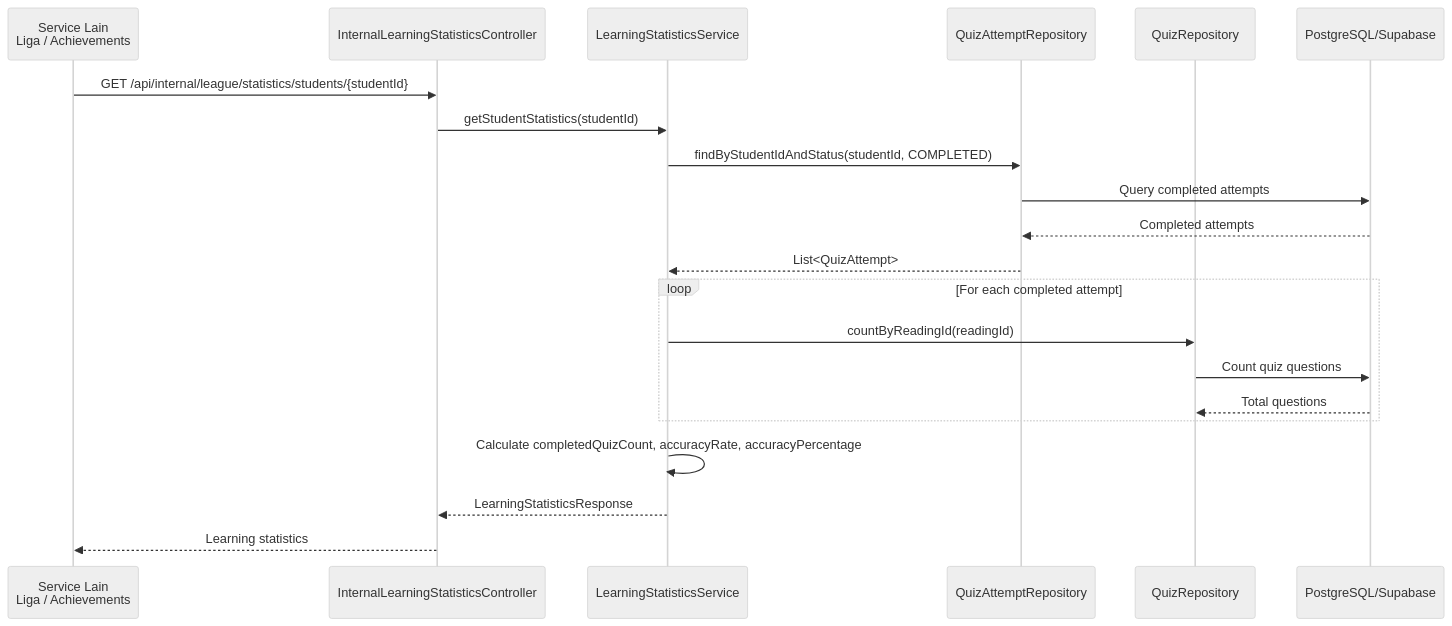
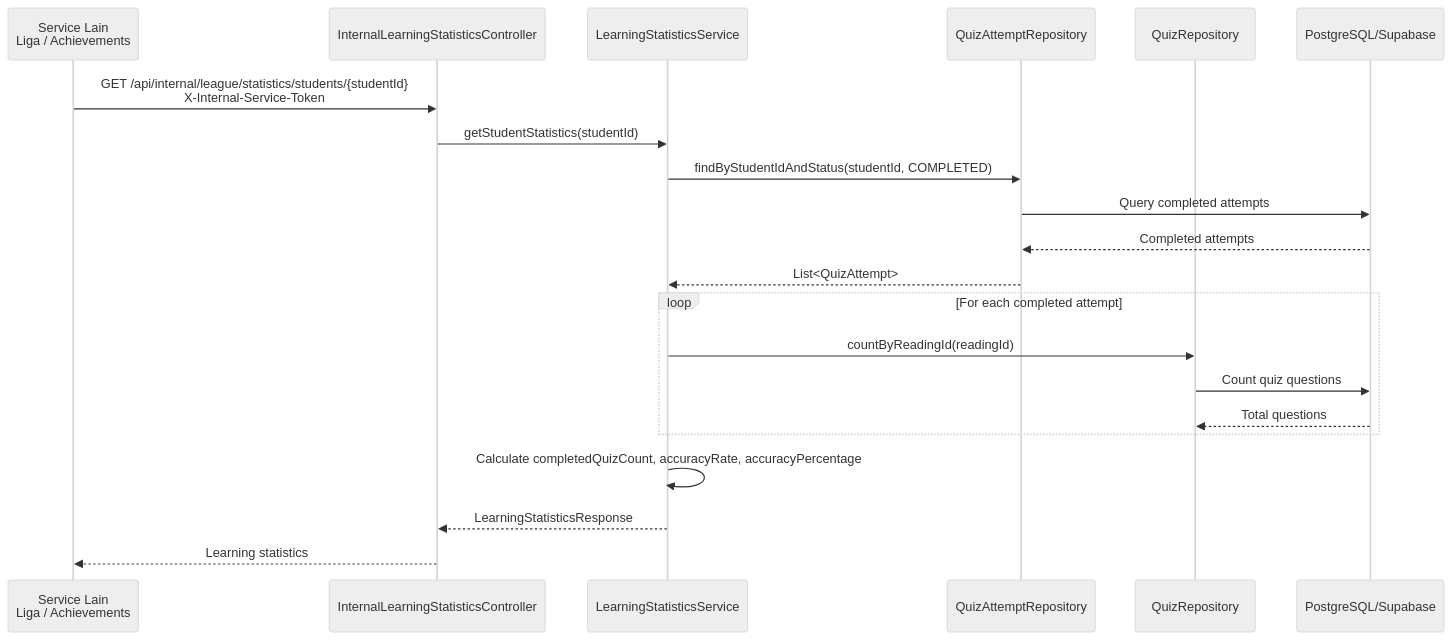
Before and after one commit to advprog-2026-B14-project/yomu-bacaan-dan-kuis: the fourth of 4 diagrams in README.md, drawn with Mermaid (neutral theme). The commit also changed other lines of this file, not shown here.

Commit message:
update diagrams

````diff
--- a/README.md
+++ b/README.md
@@ -211,26 +219,26 @@
 ```mermaid
 sequenceDiagram
     participant External as Service Lain<br/>Liga / Achievements
     participant Controller as InternalLearningStatisticsController
     participant Service as LearningStatisticsService
     participant AttemptRepo as QuizAttemptRepository
     participant QuizRepo as QuizRepository
     participant DB as PostgreSQL/Supabase
 
-    External->>Controller: GET /api/internal/league/statistics/students/{studentId}
+    External->>Controller: GET /api/internal/league/statistics/students/{studentId}<br/>X-Internal-Service-Token
     Controller->>Service: getStudentStatistics(studentId)
     Service->>AttemptRepo: findByStudentIdAndStatus(studentId, COMPLETED)
     AttemptRepo->>DB: Query completed attempts
     DB-->>AttemptRepo: Completed attempts
     AttemptRepo-->>Service: List<QuizAttempt>
 
     loop For each completed attempt
         Service->>QuizRepo: countByReadingId(readingId)
         QuizRepo->>DB: Count quiz questions
         DB-->>QuizRepo: Total questions
     end
 
     Service->>Service: Calculate completedQuizCount, accuracyRate, accuracyPercentage
     Service-->>Controller: LearningStatisticsResponse
     Controller-->>External: Learning statistics
 ```
````
